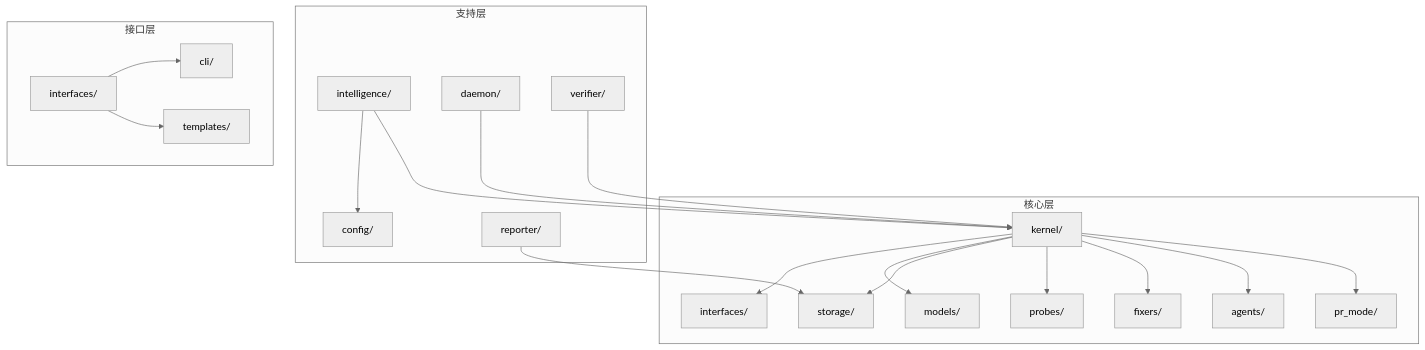
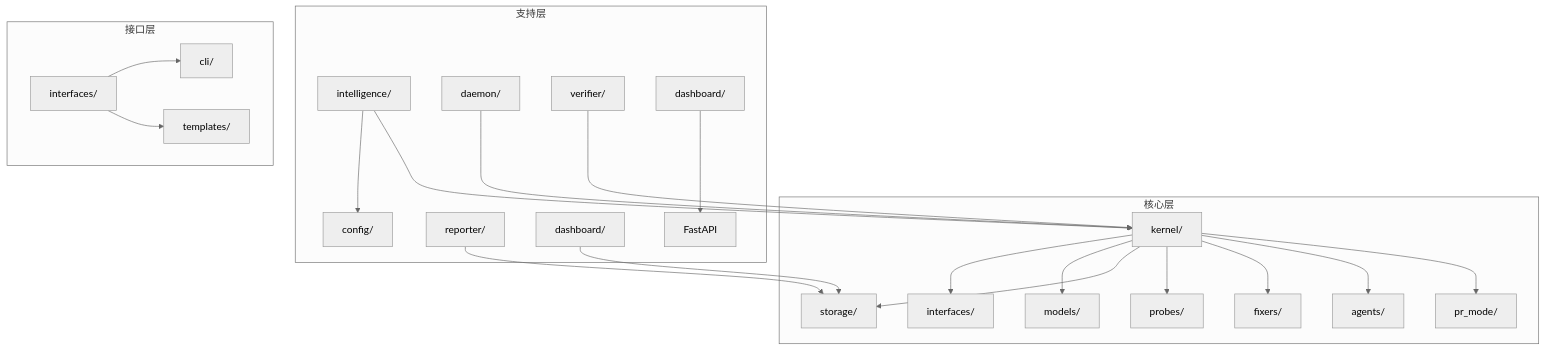
The sixth of 6 diagrams in .qoder/repowiki/zh/content/技术实现参考/技术实现参考.md (pinsonchen/vivify), drawn with Mermaid (neutral theme) before and after one commit. The commit also changed other lines of this file and 5 other files, not shown here.

````diff
--- a/.qoder/repowiki/zh/content/技术实现参考/技术实现参考.md
+++ b/.qoder/repowiki/zh/content/技术实现参考/技术实现参考.md
@@ -212,23 +408,25 @@
 ```mermaid
 graph TB
 subgraph "核心层"
 A["kernel/"] --> B["interfaces/"]
 A --> C["models/"]
 A --> D["storage/"]
 A --> E["probes/"]
 A --> F["fixers/"]
 A --> G["agents/"]
 A --> H["pr_mode/"]
 end
 subgraph "支持层"
 I["intelligence/"] --> J["config/"]
 I --> A
 K["daemon/"] --> A
 L["reporter/"] --> D
 M["verifier/"] --> A
+N["dashboard/"] --> D
+O["dashboard/"] --> P["FastAPI"]
 end
 subgraph "接口层"
-N["interfaces/"] --> O["cli/"]
-N --> P["templates/"]
+Q["interfaces/"] --> R["cli/"]
+Q --> S["templates/"]
 end
 ```
````
